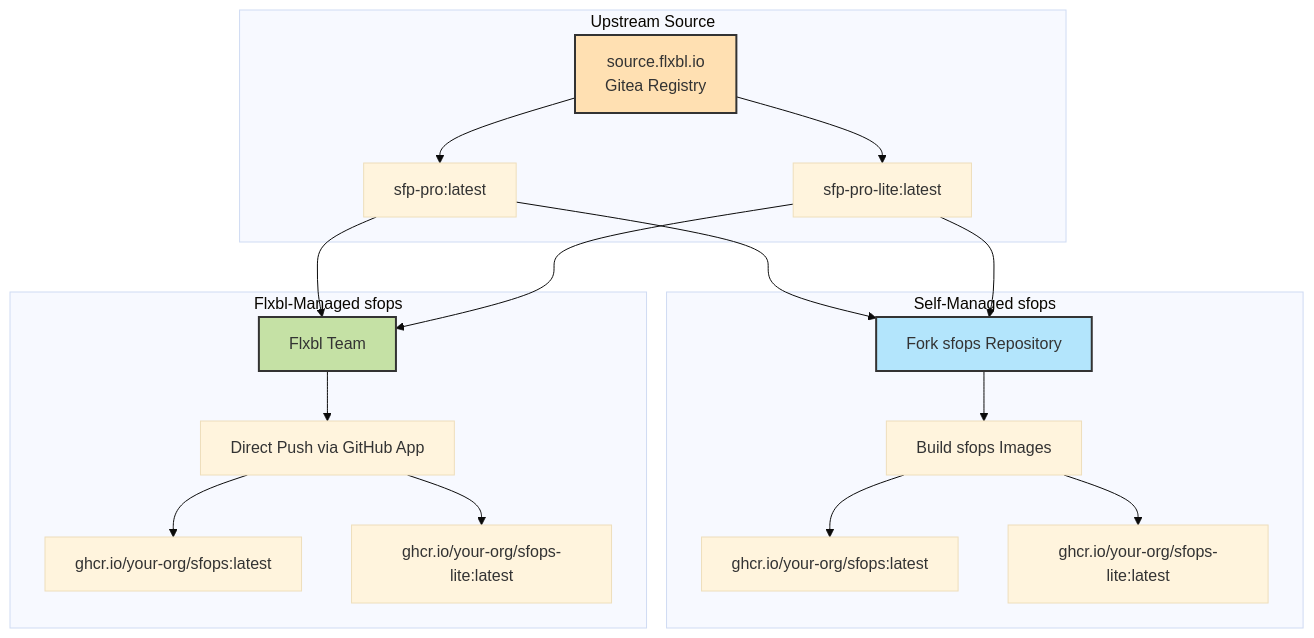
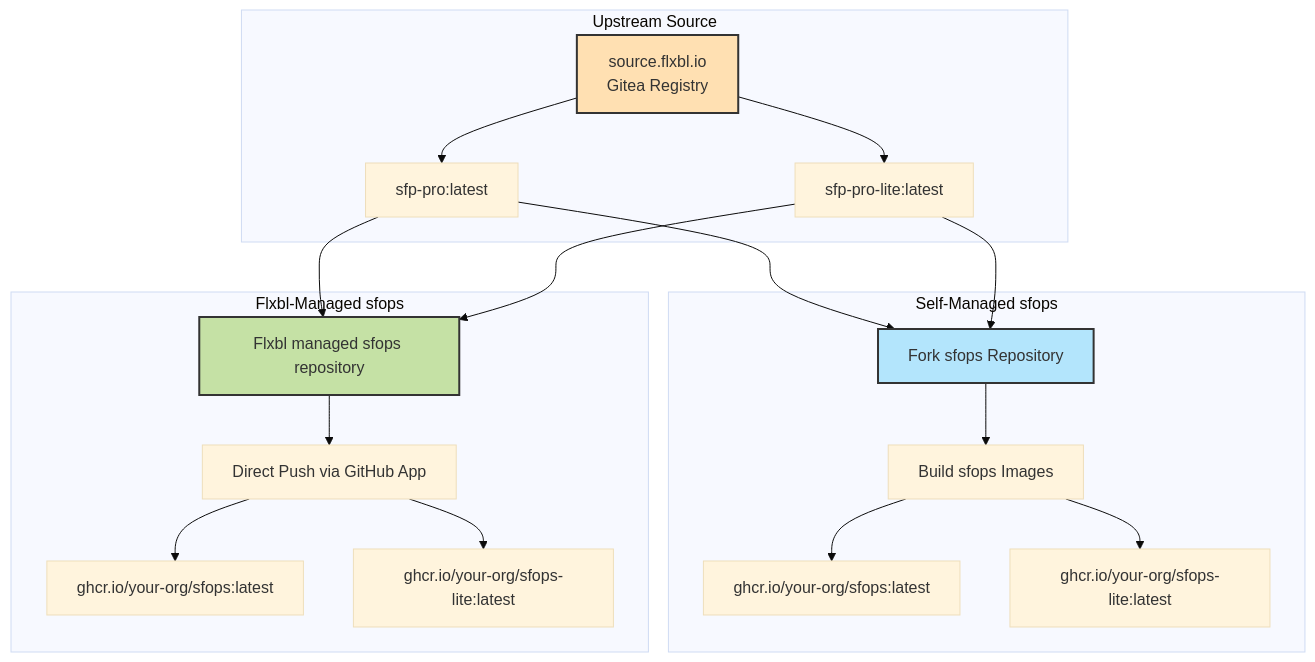
One commit to flxbl-io/docs-sfops changed the fourth of 9 diagrams in architecture.md. Above: the diagram before and after it, drawn with Mermaid (base theme). The commit also changed other lines of this file, not shown here.

````diff
--- a/architecture.md
+++ b/architecture.md
@@ -243,40 +238,40 @@
 ```mermaid
 graph TB
     subgraph "Upstream Source"
         A[source.flxbl.io<br/>Gitea Registry]
         B[sfp-pro:latest]
         C[sfp-pro-lite:latest]
     end
 
     subgraph "Self-Managed sfops"
         D[Fork sfops Repository]
         E[Build sfops Images]
         F[ghcr.io/your-org/sfops:latest]
         G[ghcr.io/your-org/sfops-lite:latest]
     end
 
     subgraph "Flxbl-Managed sfops"
-        H[Flxbl Team]
+        H[Flxbl managed sfops repository]
         I[Direct Push via GitHub App]
         J[ghcr.io/your-org/sfops:latest]
         K[ghcr.io/your-org/sfops-lite:latest]
     end
 
     A --> B
     A --> C
     B --> D
     C --> D
     D --> E
     E --> F
     E --> G
 
     B --> H
     C --> H
     H --> I
     I --> J
     I --> K
 
     style A fill:#ffe0b2,stroke:#333,stroke-width:2px
     style D fill:#b3e5fc,stroke:#333,stroke-width:2px
     style H fill:#c5e1a5,stroke:#333,stroke-width:2px
 ```
````
